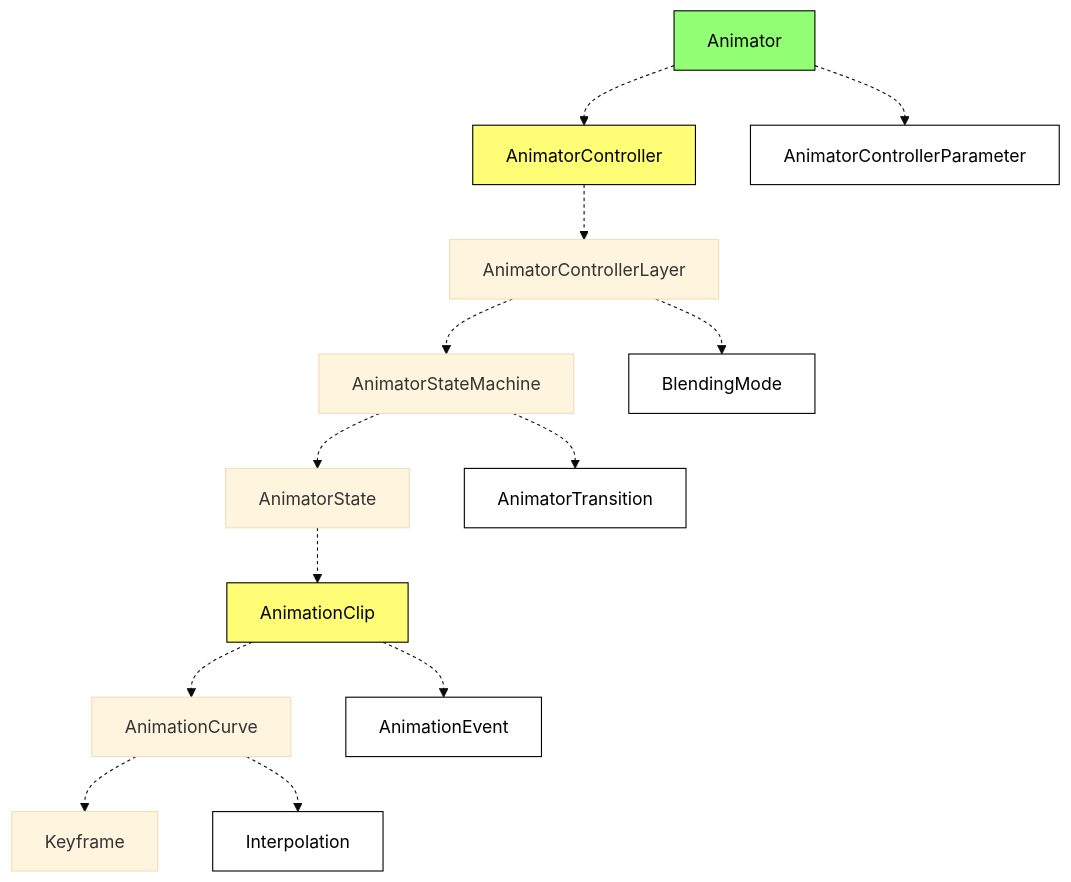
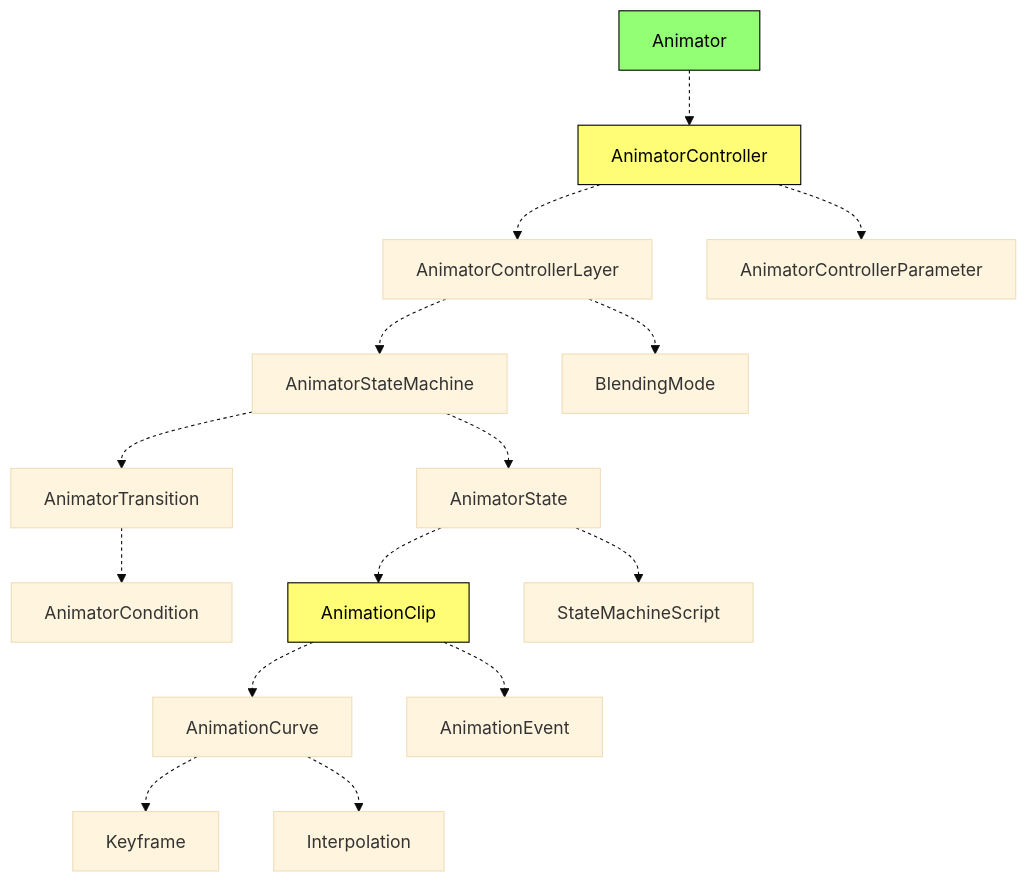
Before and after one commit to galacean/engine: the diagram in docs/zh/animation/system.md, drawn with Mermaid (base theme). The commit also changed other lines of this file and 5 other files, not shown here.

````diff
--- a/docs/zh/animation/system.md
+++ b/docs/zh/animation/system.md
@@ -10,21 +10,22 @@
 ```mermaid
 flowchart TD
 	%% Colors %%
 		linkStyle default stroke-width:1px,stroke-dasharray:3
-		classDef white fill:white,stroke:#000,stroke-width:1px,color:#000
 		classDef yellow fill:#fffd75,stroke:#000,stroke-width:1px,color:#000
 		classDef green fill:#93ff75,stroke:#000,stroke-width:1px,color:#000
 
     Animator:::green --> AnimatorController:::yellow
-    Animator --> AnimatorControllerParameter:::white
     AnimatorController --> AnimatorControllerLayer
+    AnimatorController --> AnimatorControllerParameter
     AnimatorControllerLayer --> AnimatorStateMachine
-    AnimatorControllerLayer --> BlendingMode:::white
+    AnimatorControllerLayer --> BlendingMode
     AnimatorStateMachine --> AnimatorState
-    AnimatorStateMachine --> AnimatorTransition:::white
+    AnimatorStateMachine --> AnimatorTransition
+    AnimatorTransition --> AnimatorCondition
     AnimatorState --> AnimationClip
+    AnimatorState --> StateMachineScript
     AnimationClip:::yellow --> AnimationCurve
-    AnimationClip --> AnimationEvent:::white
+    AnimationClip --> AnimationEvent
     AnimationCurve --> Keyframe
-    AnimationCurve --> Interpolation:::white
+    AnimationCurve --> Interpolation
 ```
````
